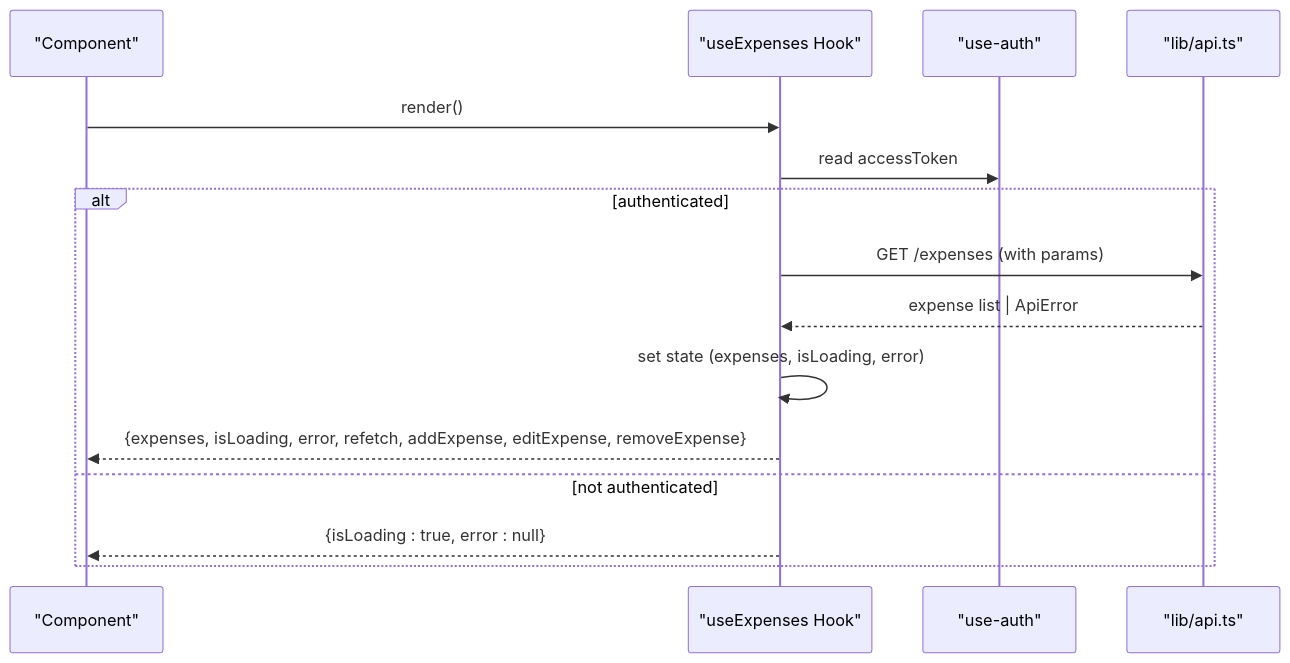
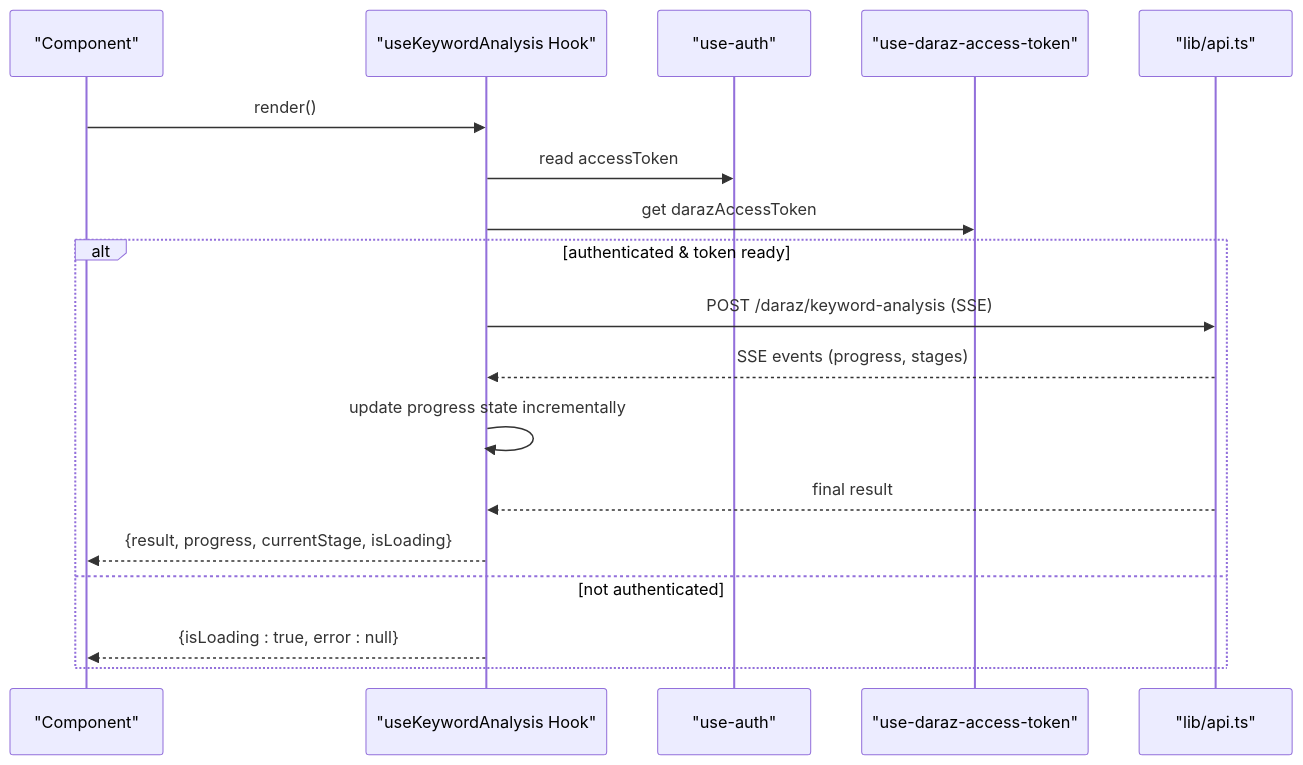
The second of 24 diagrams in .qoder/repowiki/en/content/Hooks & State Management.md (Muhammad-Masood/tijarah-ai-app), drawn with Mermaid before and after one commit. The commit also changed other lines of this file and 3 other files, not shown here.

````diff
--- a/.qoder/repowiki/en/content/Hooks & State Management.md
+++ b/.qoder/repowiki/en/content/Hooks & State Management.md
@@ -234,17 +259,20 @@
 ```mermaid
 sequenceDiagram
 participant C as "Component"
-participant H as "useExpenses Hook"
+participant H as "useKeywordAnalysis Hook"
 participant A as "use-auth"
+participant D as "use-daraz-access-token"
 participant API as "lib/api.ts"
 C->>H : render()
 H->>A : read accessToken
-alt authenticated
-H->>API : GET /expenses (with params)
-API-->>H : expense list | ApiError
-H->>H : set state (expenses, isLoading, error)
-H-->>C : {expenses, isLoading, error, refetch, addExpense, editExpense, removeExpense}
+H->>D : get darazAccessToken
+alt authenticated & token ready
+H->>API : POST /daraz/keyword-analysis (SSE)
+API-->>H : SSE events (progress, stages)
+H->>H : update progress state incrementally
+API-->>H : final result
+H-->>C : {result, progress, currentStage, isLoading}
 else not authenticated
 H-->>C : {isLoading : true, error : null}
 end
 ```
````
